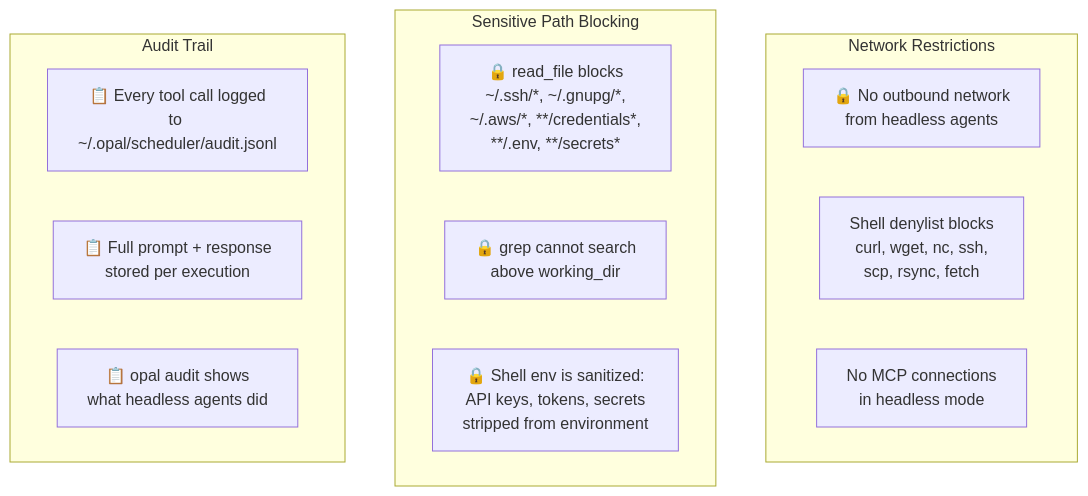
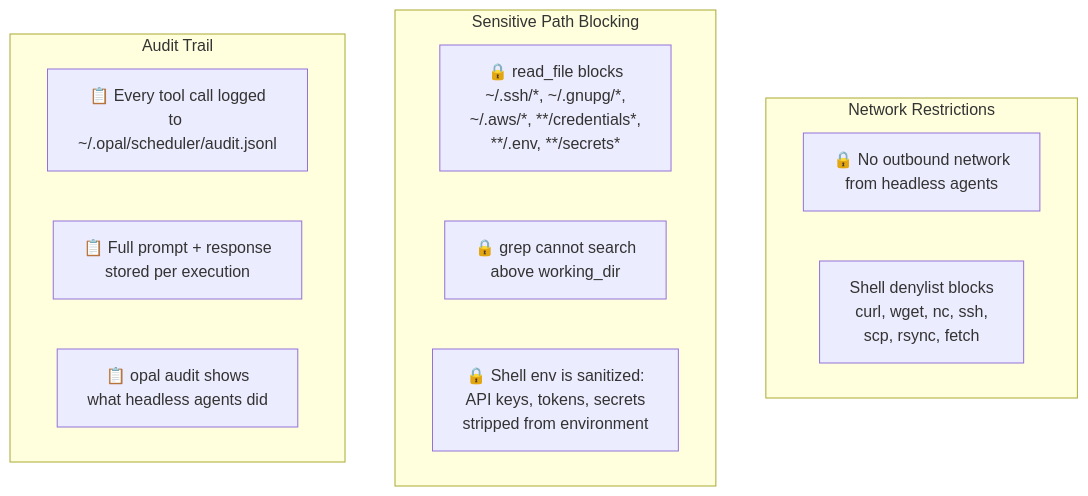
Before and after one commit to matteing/opal: diagram 14 of 17 in docs/long-running-proposal.md, drawn with Mermaid. The commit also changed other lines of this file and 52 other files, not shown here.

````diff
--- a/docs/long-running-proposal.md
+++ b/docs/long-running-proposal.md
@@ -958,20 +957,19 @@
 ```mermaid
 graph TD
     subgraph "Network Restrictions"
         N1["🔒 No outbound network<br/>from headless agents"]
         N2["Shell denylist blocks<br/>curl, wget, nc, ssh,<br/>scp, rsync, fetch"]
-        N3["No MCP connections<br/>in headless mode"]
     end
 
     subgraph "Sensitive Path Blocking"
         S1["🔒 read_file blocks<br/>~/.ssh/*, ~/.gnupg/*,<br/>~/.aws/*, **/credentials*,<br/>**/.env, **/secrets*"]
         S2["🔒 grep cannot search<br/>above working_dir"]
         S3["🔒 Shell env is sanitized:<br/>API keys, tokens, secrets<br/>stripped from environment"]
     end
 
     subgraph "Audit Trail"
         A1["📋 Every tool call logged<br/>to ~/.opal/scheduler/audit.jsonl"]
         A2["📋 Full prompt + response<br/>stored per execution"]
         A3["📋 opal audit shows<br/>what headless agents did"]
     end
 ```
````
